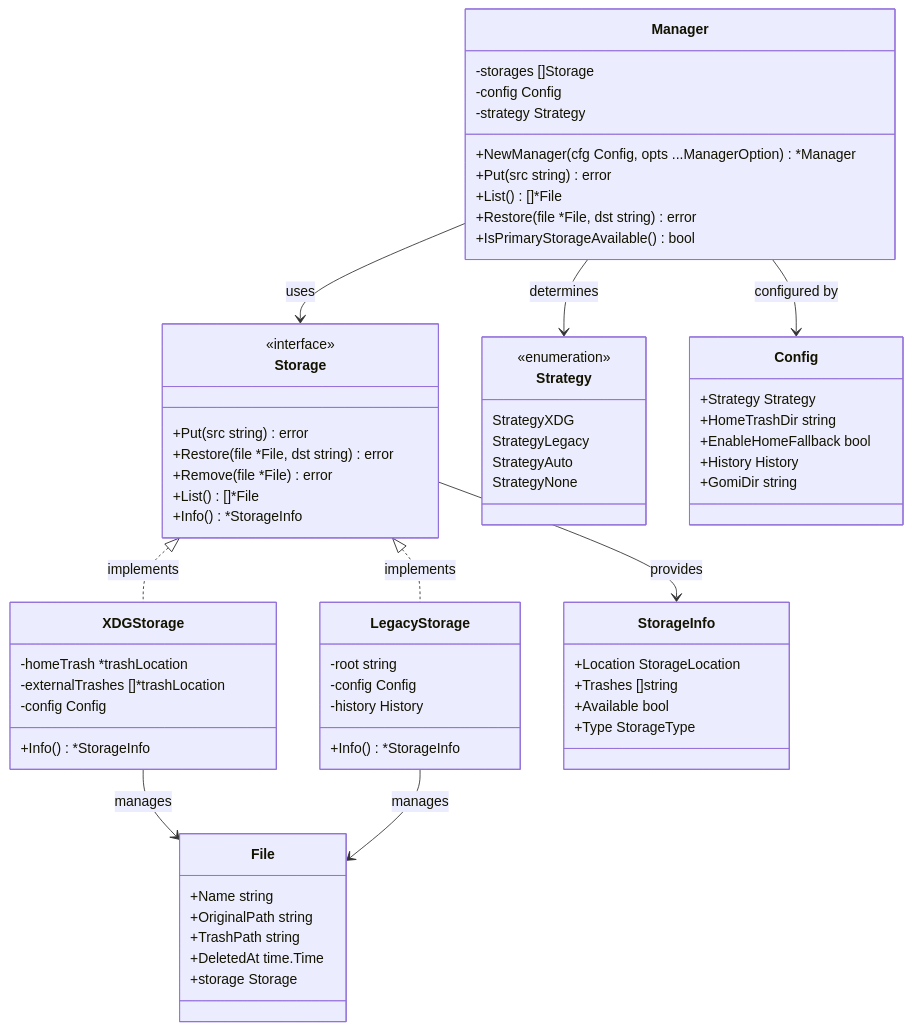
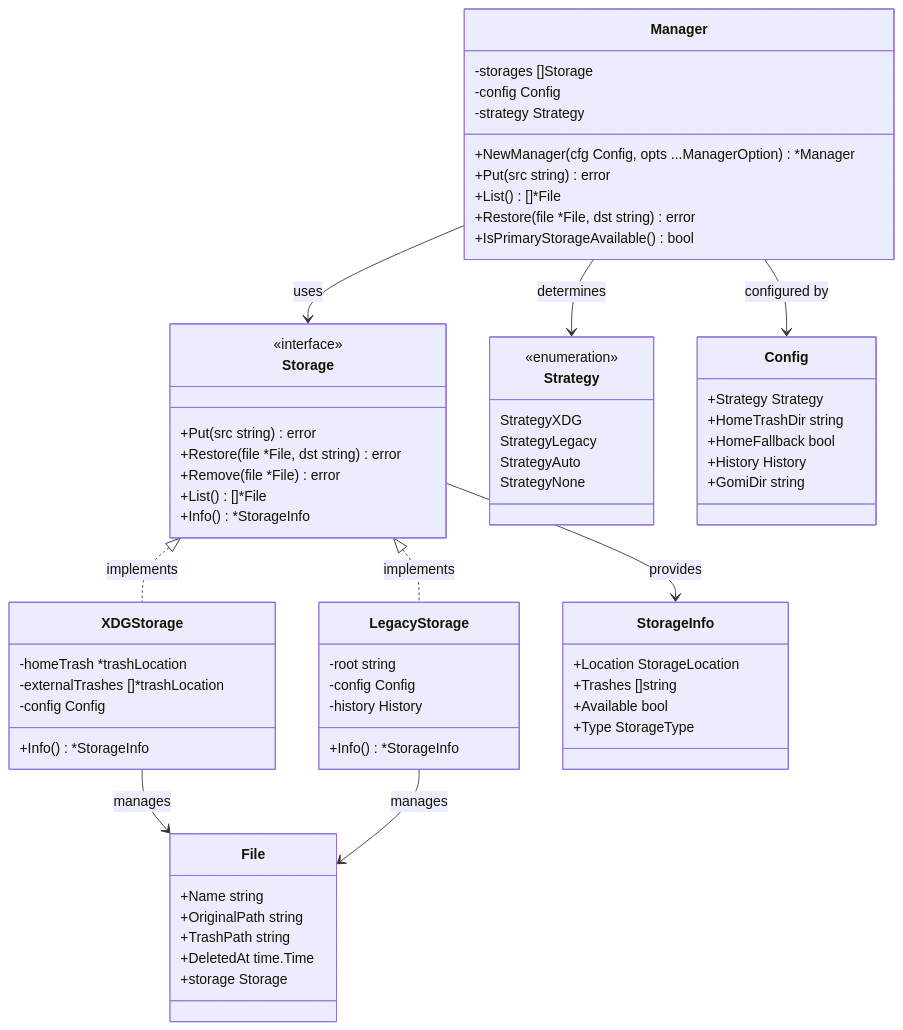
One commit to babarot/gomi changed the second of 2 diagrams in docs/architecture.md. Above: the diagram before and after it, drawn with Mermaid. The commit also changed 8 other files, not shown here.

````diff
--- a/docs/architecture.md
+++ b/docs/architecture.md
@@ -71,76 +71,76 @@
 ```mermaid
 classDiagram
     class Manager {
         -storages []Storage
         -config Config
         -strategy Strategy
         +NewManager(cfg Config, opts ...ManagerOption) *Manager
         +Put(src string) error
         +List() []*File
         +Restore(file *File, dst string) error
         +IsPrimaryStorageAvailable() bool
     }
 
     class Storage {
         <<interface>>
         +Put(src string) error
         +Restore(file *File, dst string) error
         +Remove(file *File) error
         +List() []*File
         +Info() *StorageInfo
     }
 
     class Strategy {
         <<enumeration>>
         StrategyXDG
         StrategyLegacy
         StrategyAuto
         StrategyNone
     }
 
     class Config {
         +Strategy Strategy
         +HomeTrashDir string
-        +EnableHomeFallback bool
+        +HomeFallback bool
         +History History
         +GomiDir string
     }
 
     class XDGStorage {
         -homeTrash *trashLocation
         -externalTrashes []*trashLocation
         -config Config
         +Info() *StorageInfo
     }
 
     class LegacyStorage {
         -root string
         -config Config
         -history History
         +Info() *StorageInfo
     }
 
     class File {
         +Name string
         +OriginalPath string
         +TrashPath string
         +DeletedAt time.Time
         +storage Storage
     }
 
     class StorageInfo {
         +Location StorageLocation
         +Trashes []string
         +Available bool
         +Type StorageType
     }
 
     Manager --> Storage : uses
     Manager --> Strategy : determines
     Manager --> Config : configured by
     Storage <|.. XDGStorage : implements
     Storage <|.. LegacyStorage : implements
     XDGStorage --> File : manages
     LegacyStorage --> File : manages
     Storage --> StorageInfo : provides
 ```
````
